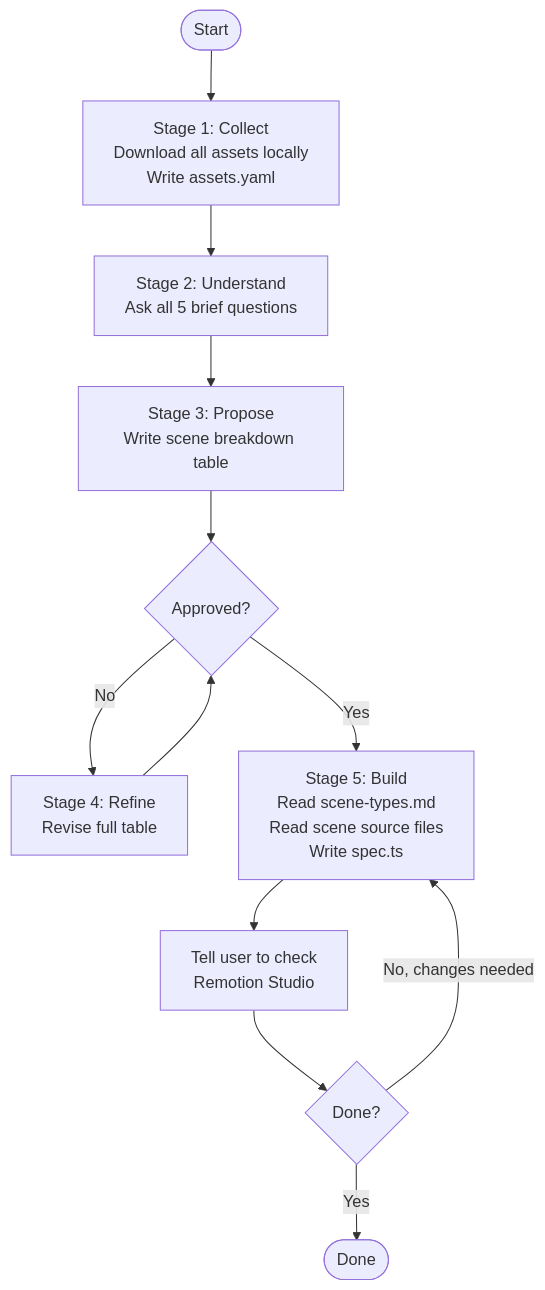
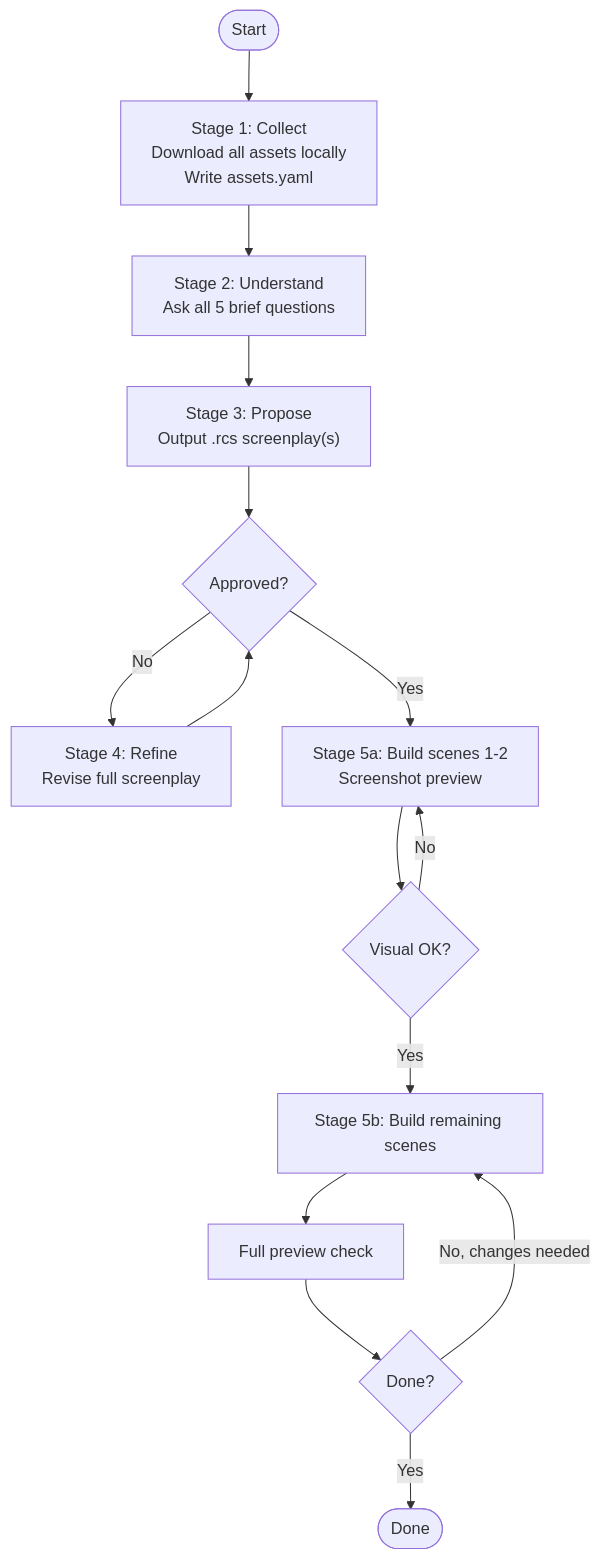
One commit to ikouchiha47/roughcut changed the diagram in SKILL.md. Above: the diagram before and after it, drawn with Mermaid. The commit also changed other lines of this file and 1 other file, not shown here.

Commit message:
feat: add .rcs screenplay format, incremental build with screenshot feedback

````diff
--- a/SKILL.md
+++ b/SKILL.md
@@ -22,14 +22,17 @@
 ```mermaid
 flowchart TD
     A(["Start"]) --> B["Stage 1: Collect<br/>Download all assets locally<br/>Write assets.yaml"]
     B --> C["Stage 2: Understand<br/>Ask all 5 brief questions"]
-    C --> D["Stage 3: Propose<br/>Write scene breakdown table"]
+    C --> D["Stage 3: Propose<br/>Output .rcs screenplay(s)"]
     D --> E{"Approved?"}
-    E -- No --> F["Stage 4: Refine<br/>Revise full table"]
+    E -- No --> F["Stage 4: Refine<br/>Revise full screenplay"]
     F --> E
-    E -- Yes --> G["Stage 5: Build<br/>Read scene-types.md<br/>Read scene source files<br/>Write spec.ts"]
-    G --> H["Tell user to check<br/>Remotion Studio"]
-    H --> I{"Done?"}
-    I -- "No, changes needed" --> G
-    I -- Yes --> Z(["Done"])
+    E -- Yes --> G["Stage 5a: Build scenes 1-2<br/>Screenshot preview"]
+    G --> H{"Visual OK?"}
+    H -- No --> G
+    H -- Yes --> I["Stage 5b: Build remaining scenes"]
+    I --> J["Full preview check"]
+    J --> K{"Done?"}
+    K -- "No, changes needed" --> I
+    K -- Yes --> Z(["Done"])
 ```
````
